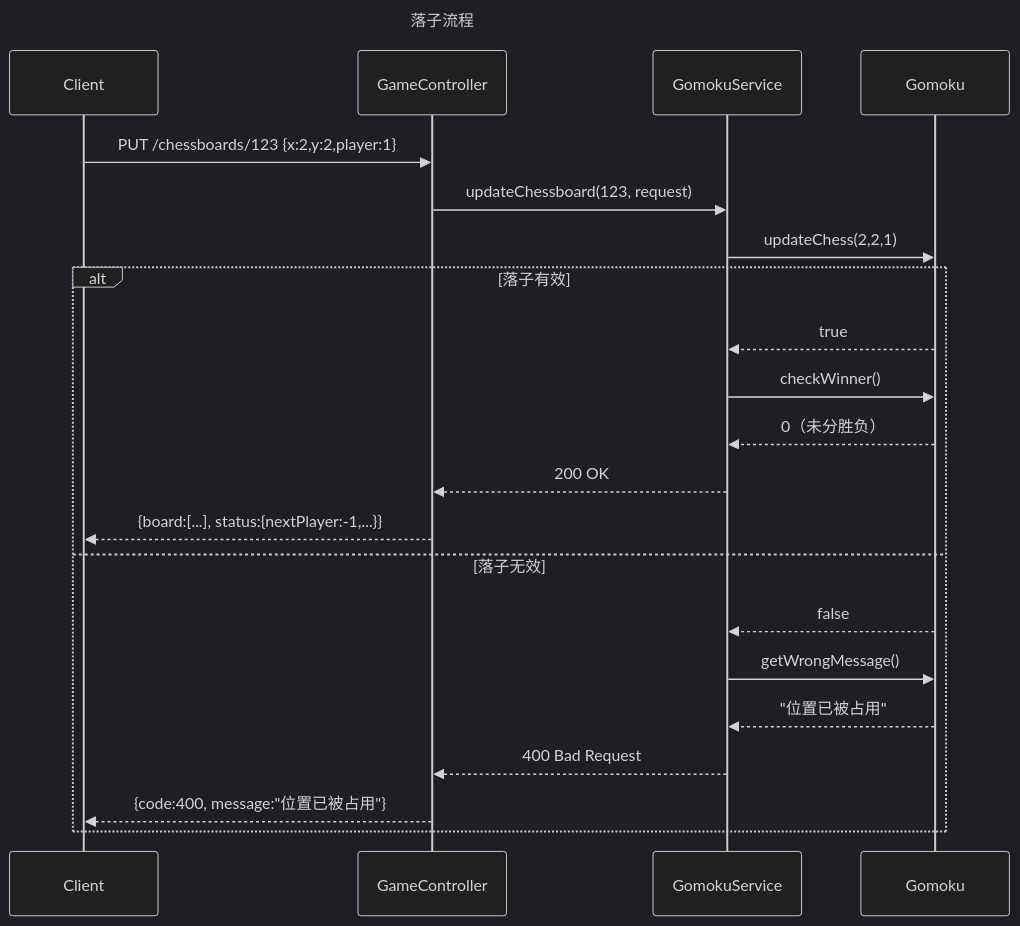
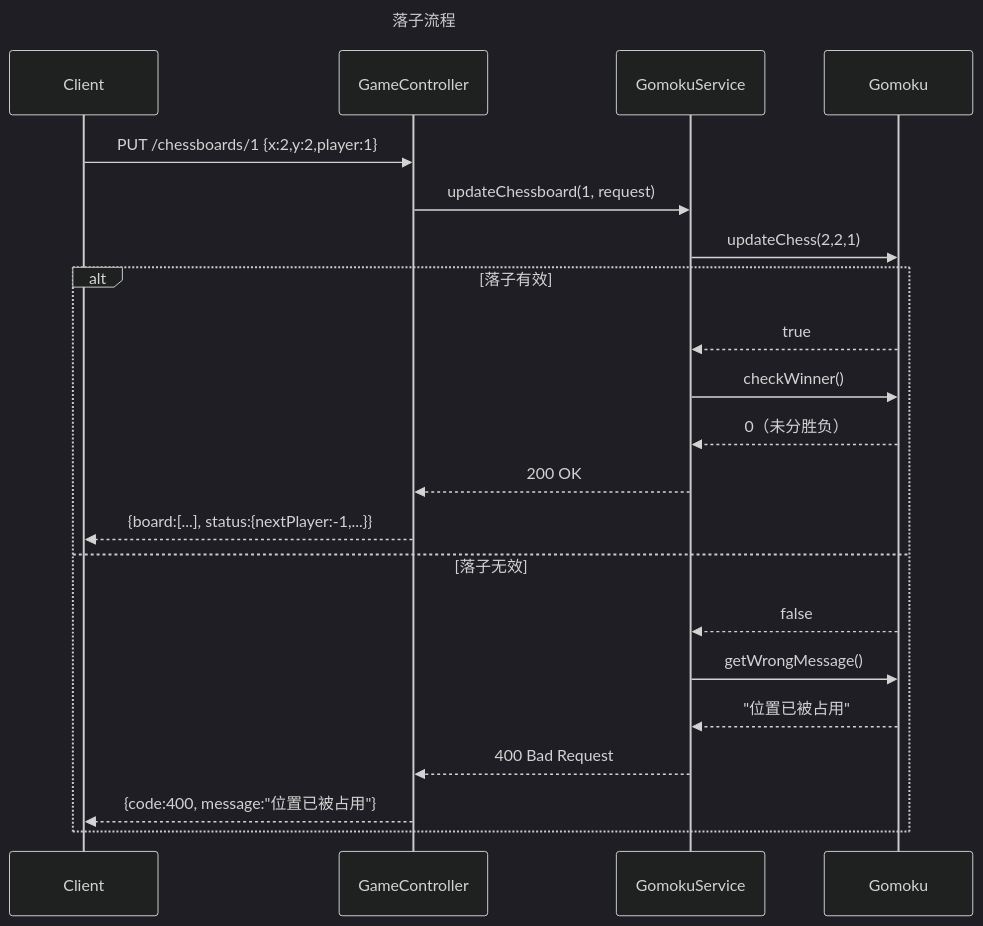
Before and after one commit to HandyWote/BestStrategyOfGomoku: the third of 4 diagrams in 实践报告.md, drawn with Mermaid (dark theme). The commit also changed other lines of this file, not shown here.

Commit message:
更新 实践报告.md

````diff
--- a/实践报告.md
+++ b/实践报告.md
@@ -93,26 +93,26 @@
 ```mermaid
 
 sequenceDiagram
     title 落子流程
     participant Client
     participant GameController
     participant GomokuService
     participant Gomoku
     
-    Client->>GameController: PUT /chessboards/123 {x:2,y:2,player:1}
-    GameController->>GomokuService: updateChessboard(123, request)
+    Client->>GameController: PUT /chessboards/1 {x:2,y:2,player:1}
+    GameController->>GomokuService: updateChessboard(1, request)
     GomokuService->>Gomoku: updateChess(2,2,1)
     alt 落子有效
         Gomoku-->>GomokuService: true
         GomokuService->>Gomoku: checkWinner()
         Gomoku-->>GomokuService: 0（未分胜负）
         GomokuService-->>GameController: 200 OK
         GameController-->>Client: {board:[...], status:{nextPlayer:-1,...}}
     else 落子无效
         Gomoku-->>GomokuService: false
         GomokuService->>Gomoku: getWrongMessage()
         Gomoku-->>GomokuService: "位置已被占用"
         GomokuService-->>GameController: 400 Bad Request
         GameController-->>Client: {code:400, message:"位置已被占用"}
     end
 ```
````
